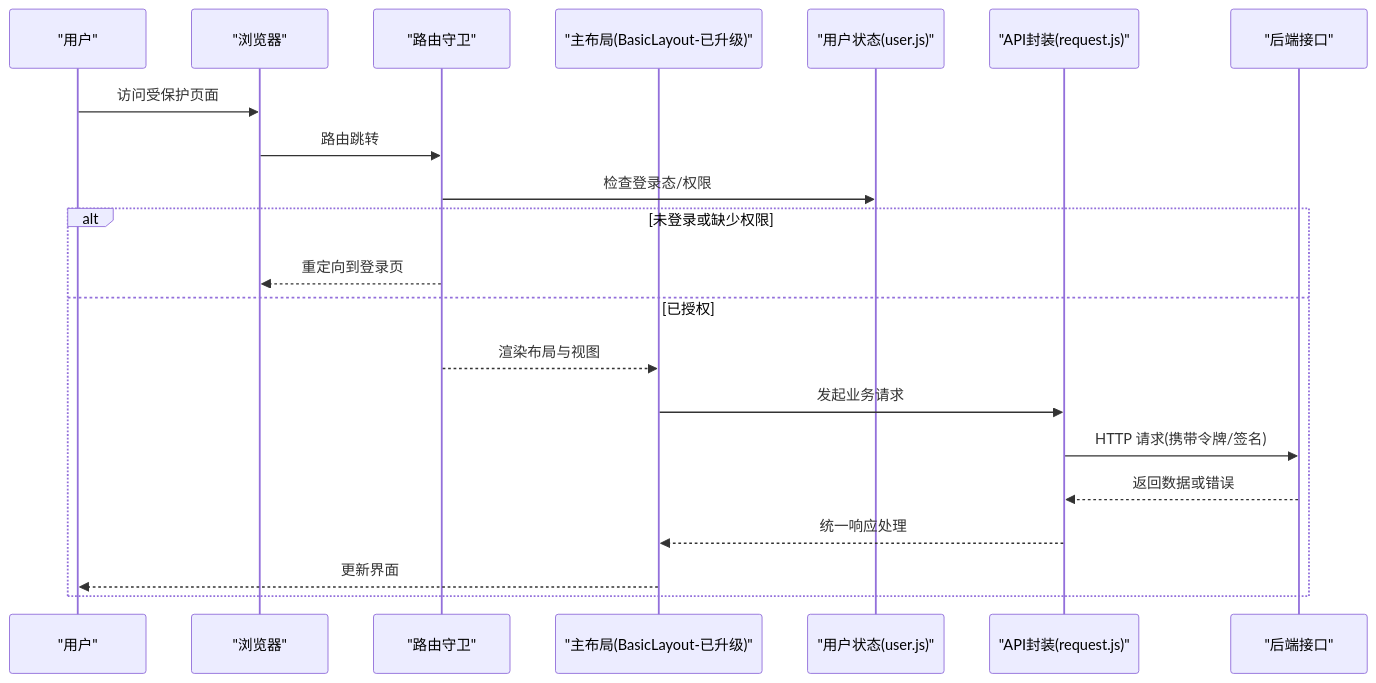
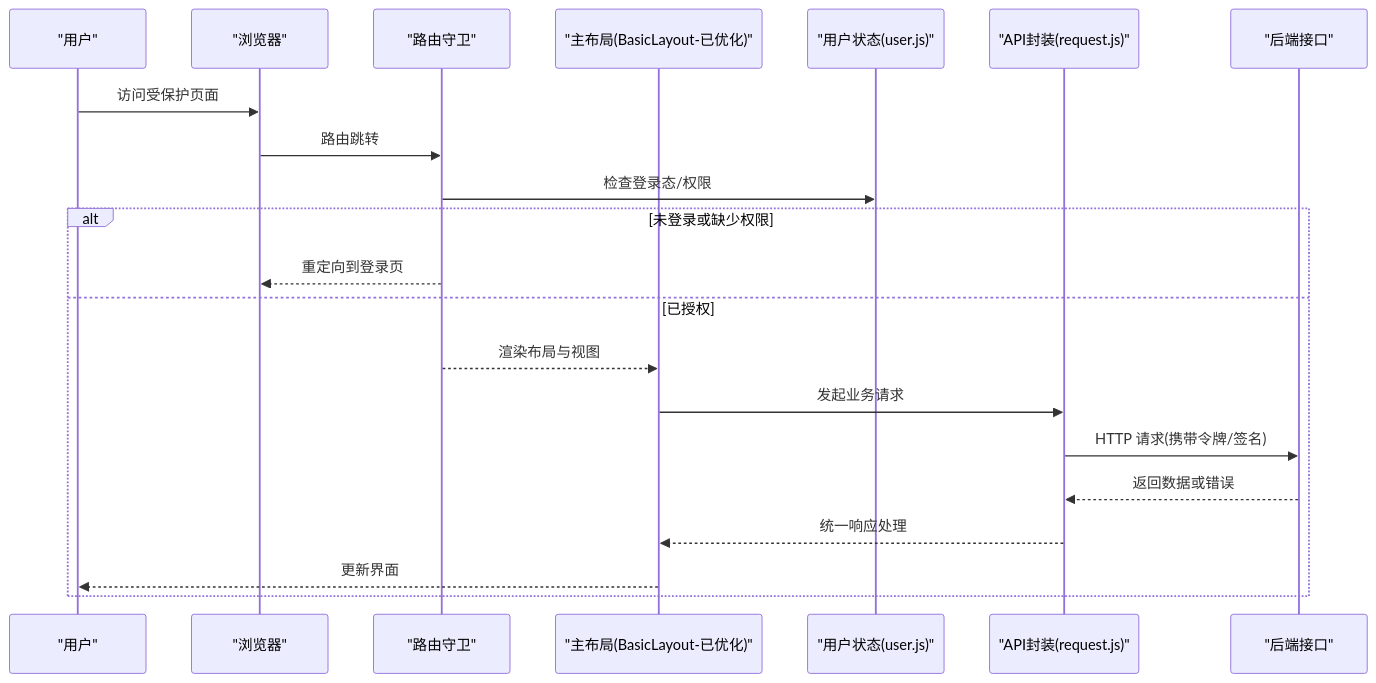
One commit to liming-lihaini/workflow changed the second of 7 diagrams in .qoder/repowiki/zh/content/用户界面设计/管理后台架构.md. Above: the diagram before and after it, drawn with Mermaid. The commit also changed other lines of this file and 18 other files, not shown here.

````diff
--- a/.qoder/repowiki/zh/content/用户界面设计/管理后台架构.md
+++ b/.qoder/repowiki/zh/content/用户界面设计/管理后台架构.md
@@ -122,23 +115,23 @@
 ```mermaid
 sequenceDiagram
 participant U as "用户"
 participant B as "浏览器"
 participant R as "路由守卫"
-participant L as "主布局(BasicLayout-已升级)"
+participant L as "主布局(BasicLayout-已优化)"
 participant S as "用户状态(user.js)"
 participant A as "API封装(request.js)"
 participant API as "后端接口"
 U->>B : 访问受保护页面
 B->>R : 路由跳转
 R->>S : 检查登录态/权限
 alt 未登录或缺少权限
 R-->>B : 重定向到登录页
 else 已授权
 R-->>L : 渲染布局与视图
 L->>A : 发起业务请求
 A->>API : HTTP 请求(携带令牌/签名)
 API-->>A : 返回数据或错误
 A-->>L : 统一响应处理
 L-->>U : 更新界面
 end
 ```
````
